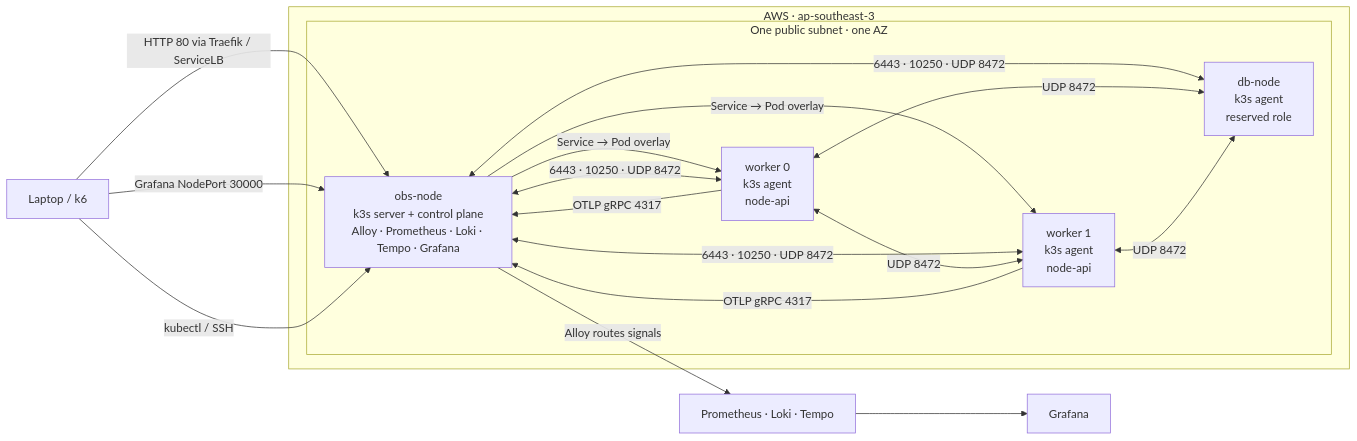
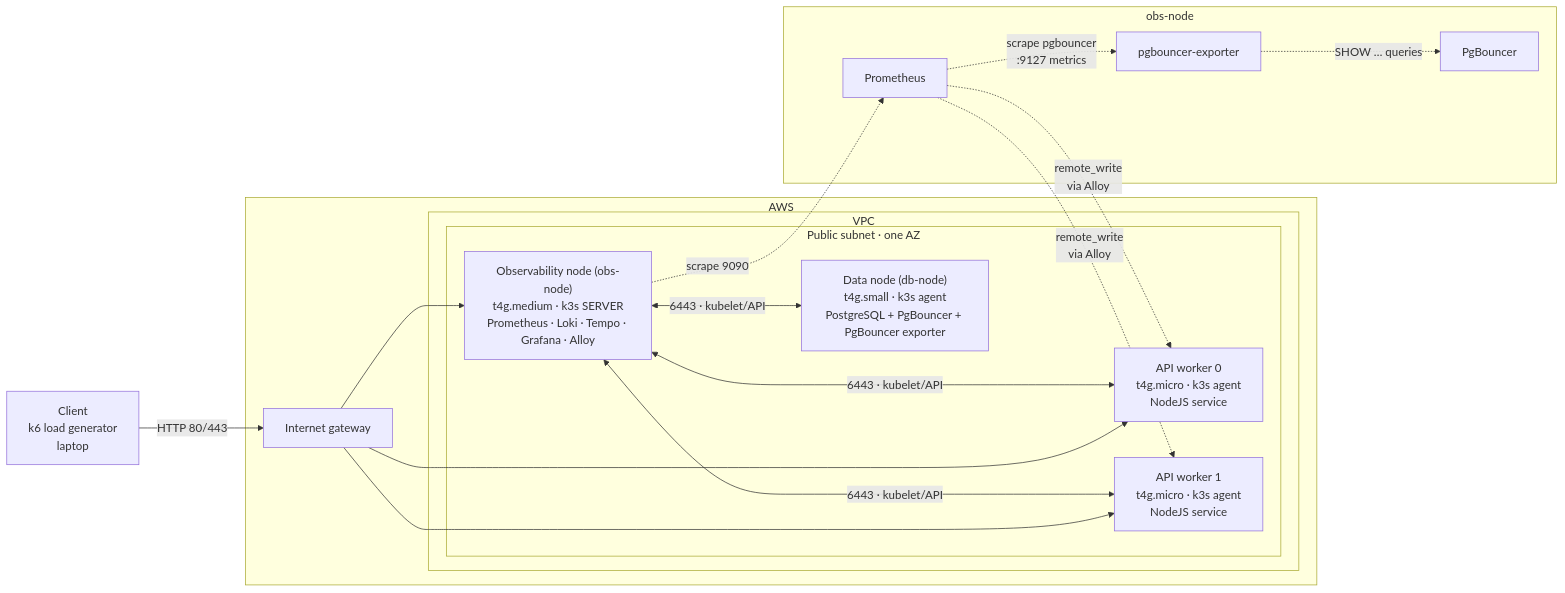
Before and after one commit to rizkyadityanugroho/k3s-observability-lab: the diagram in README.md, drawn with Mermaid. The commit also changed other lines of this file, not shown here.

Commit message:
docs: refresh README for full observability stack

````diff
--- a/README.md
+++ b/README.md
@@ -27,31 +27,33 @@
 ```mermaid
 flowchart LR
-    client["Laptop / k6"]
+    client[Client<br/>k6 load generator<br/>laptop]
 
-    subgraph aws["AWS · ap-southeast-3"]
-        subgraph vpc["One public subnet · one AZ"]
-            obs["obs-node\nk3s server + control plane\nAlloy · Prometheus · Loki · Tempo · Grafana"]
-            api0["worker 0\nk3s agent\nnode-api"]
-            api1["worker 1\nk3s agent\nnode-api"]
-            db["db-node\nk3s agent\nreserved role"]
+    subgraph aws["AWS"]
+        igw[Internet gateway]
+        subgraph vpc["VPC"]
+            subgraph subnet["Public subnet · one AZ"]
+                obs["Observability node (obs-node)<br/>t4g.medium · k3s SERVER<br/>Prometheus · Loki · Tempo · Grafana · Alloy"]
+                api0["API worker 0<br/>t4g.micro · k3s agent<br/>NodeJS service"]
+                api1["API worker 1<br/>t4g.micro · k3s agent<br/>NodeJS service"]
+                db["Data node (db-node)<br/>t4g.small · k3s agent<br/>PostgreSQL + PgBouncer + PgBouncer exporter"]
+            end
         end
     end
 
-    client -->|HTTP 80 via Traefik / ServiceLB| obs
-    client -->|Grafana NodePort 30000| obs
-    client -->|kubectl / SSH| obs
-    obs -->|Service → Pod overlay| api0
-    obs -->|Service → Pod overlay| api1
+    client -->|HTTP 80/443| igw
+    igw --> api0
+    igw --> api1
+    igw --> obs
 
-    api0 -->|OTLP gRPC 4317| obs
-    api1 -->|OTLP gRPC 4317| obs
-    obs -->|Alloy routes signals| plgt["Prometheus · Loki · Tempo"]
-    plgt --> grafana["Grafana"]
+    obs <-->|"6443 · kubelet/API"| api0
+    obs <-->|"6443 · kubelet/API"| api1
+    obs <-->|"6443 · kubelet/API"| db
 
-    obs <-->|6443 · 10250 · UDP 8472| api0
-    obs <-->|6443 · 10250 · UDP 8472| api1
-    obs <-->|6443 · 10250 · UDP 8472| db
-    api0 <-->|UDP 8472| api1
-    api0 <-->|UDP 8472| db
-    api1 <-->|UDP 8472| db
+    obs -.->|"scrape 9090"| prom[Prometheus]
+    subgraph obs_node[obs-node]
+        prom -.->|"scrape pgbouncer\n:9127 metrics"| exp[pgbouncer-exporter]
+        exp -.->|"SHOW … queries"| pgb2[PgBouncer]
+        prom -.->|"remote_write\nvia Alloy"| api0
+        prom -.->|"remote_write\nvia Alloy"| api1
+    end
 ```
````
